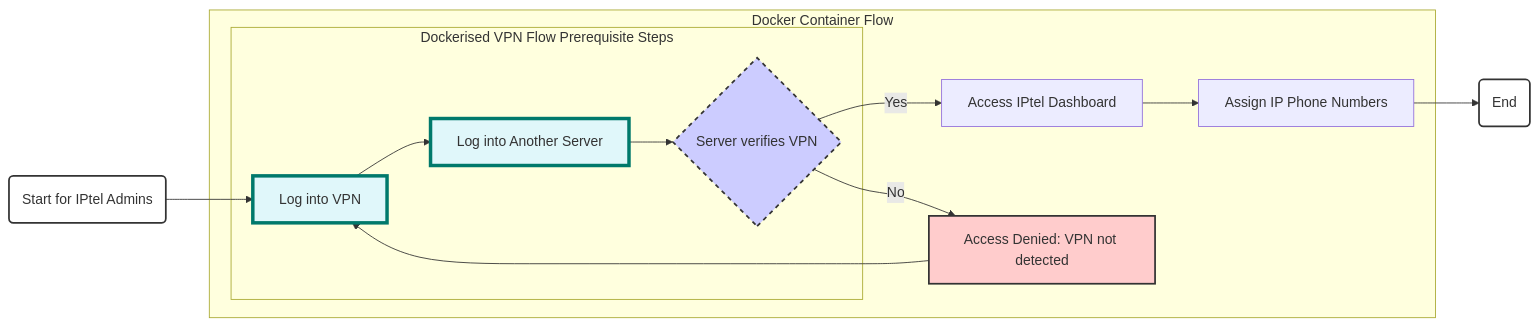
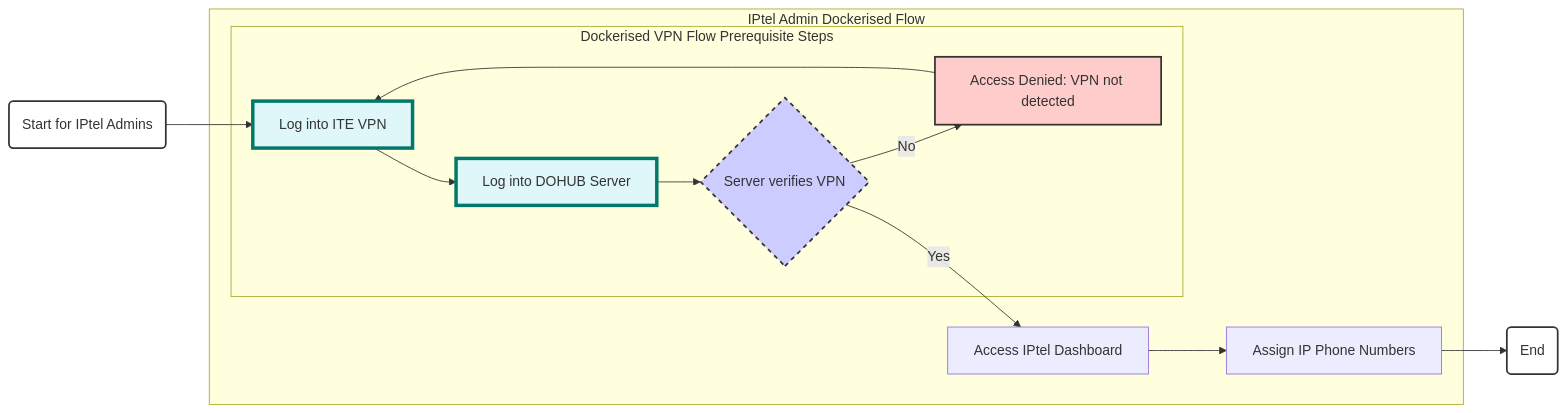
One commit to kairin/mermaid changed the diagram in iptel.md. Above: the diagram before and after it, drawn with Mermaid.

Commit message:
Update iptel.md
i like this version

````diff
--- a/iptel.md
+++ b/iptel.md
@@ -1,27 +1,29 @@
 ```mermaid
 
 graph LR
     A(Start for IPtel Admins)
     A --> B
 
-    subgraph Docker Container Flow
+    subgraph IPtel Admin Dockerised Flow
         subgraph Dockerised VPN Flow Prerequisite Steps
-            B[Log into VPN]:::vpnstep --> C[Log into Another Server]:::vpnstep
+            B[Log into ITE VPN]:::vpnstep --> C[Log into DOHUB Server]:::vpnstep
             C --> D{Server verifies VPN}:::vpnstep
+
+            D -- No --> H[Access Denied: VPN not detected]
+
         end
         D -- Yes --> E[Access IPtel Dashboard]
         E --> F[Assign IP Phone Numbers]
-        
-        D -- No --> H[Access Denied: VPN not detected]
         H --> B
     end
         F --> G(End)
 
     classDef vpnstep fill:#e0f7fa,stroke:#00796b,stroke-width:4px
     class B,C,D vpnstep
     style D fill:#ccf,stroke:#333,stroke-width:2px,stroke-dasharray: 5 5
     style H fill:#fcc,stroke:#333,stroke-width:2px
     style A fill:#fff,stroke:#333,stroke-width:2px
     style G fill:#fff,stroke:#333,stroke-width:2px
 
+
 ```
````
